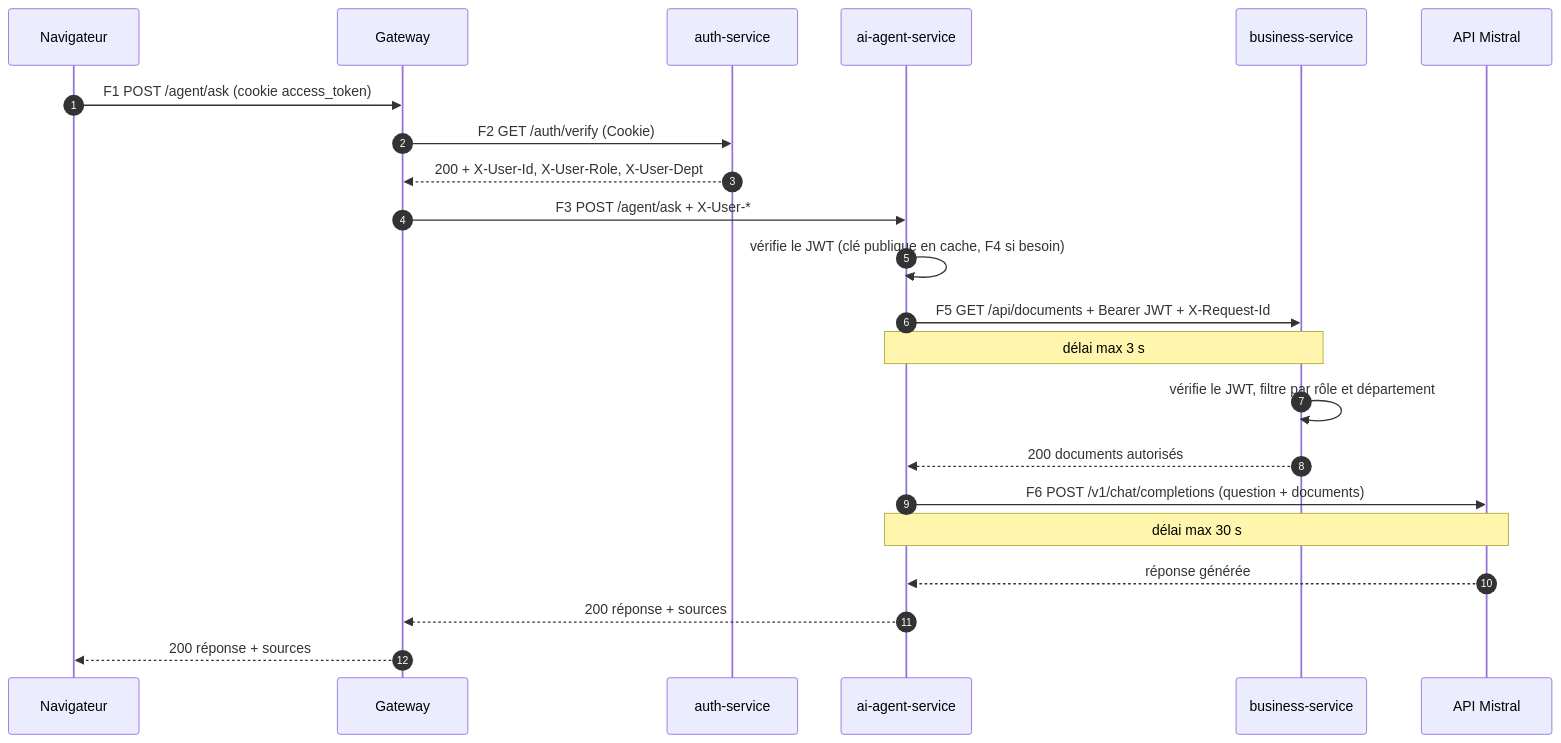
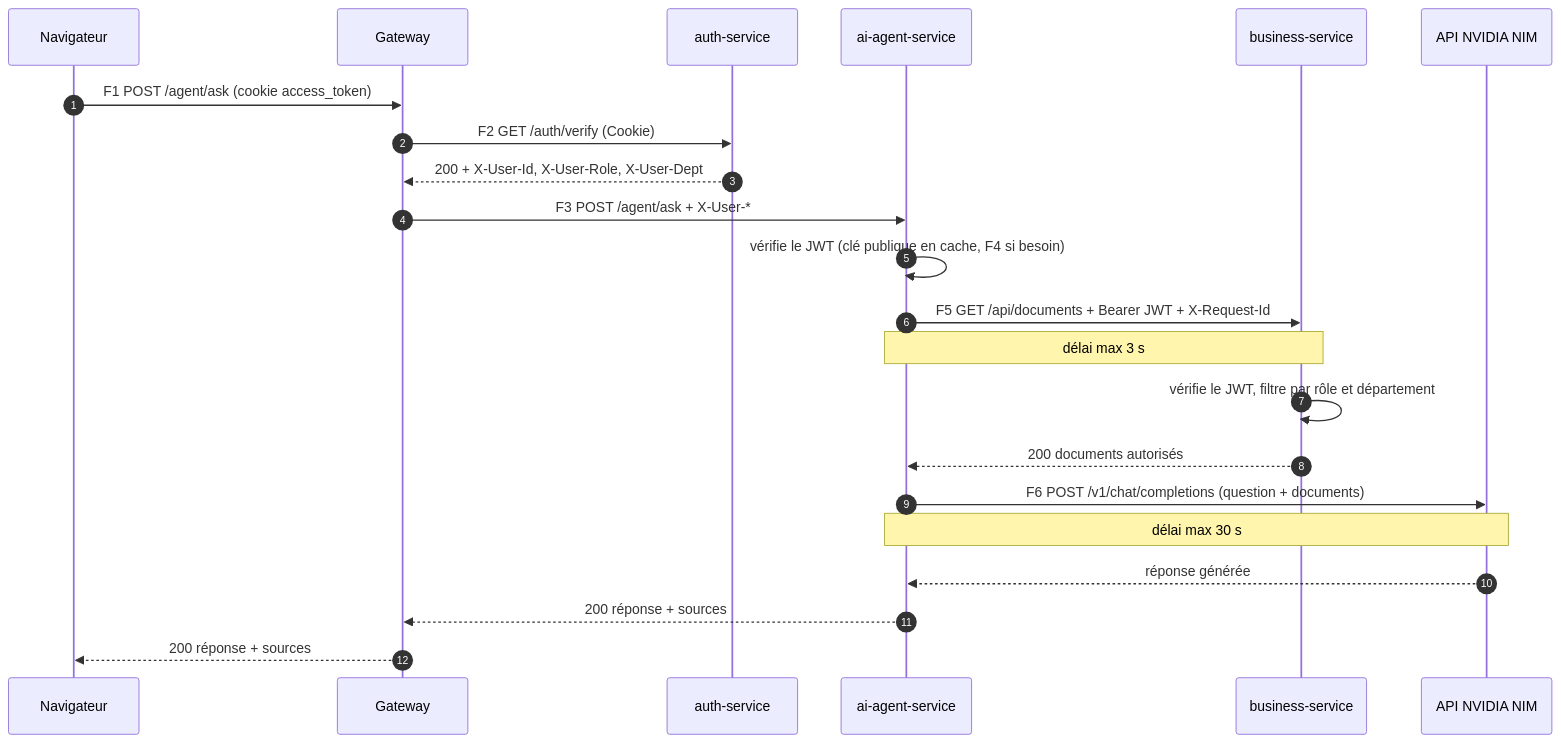
One commit to fraustiz/microservices-hub changed the diagram in docs/interconnexion.md. Above: the diagram before and after it, drawn with Mermaid. The commit also changed other lines of this file and 20 other files, not shown here.

First line of the commit message:
feat(agent): passe le LLM de l'API Mistral à NVIDIA NIM

````diff
--- a/docs/interconnexion.md
+++ b/docs/interconnexion.md
@@ -160,24 +162,24 @@
 ```mermaid
 sequenceDiagram
   autonumber
   participant B as Navigateur
   participant G as Gateway
   participant A as auth-service
   participant I as ai-agent-service
   participant S as business-service
-  participant M as API Mistral
+  participant M as API NVIDIA NIM
   B->>G: F1 POST /agent/ask (cookie access_token)
   G->>A: F2 GET /auth/verify (Cookie)
   A-->>G: 200 + X-User-Id, X-User-Role, X-User-Dept
   G->>I: F3 POST /agent/ask + X-User-*
   I->>I: vérifie le JWT (clé publique en cache, F4 si besoin)
   I->>S: F5 GET /api/documents + Bearer JWT + X-Request-Id
   Note over I,S: délai max 3 s
   S->>S: vérifie le JWT, filtre par rôle et département
   S-->>I: 200 documents autorisés
   I->>M: F6 POST /v1/chat/completions (question + documents)
   Note over I,M: délai max 30 s
   M-->>I: réponse générée
   I-->>G: 200 réponse + sources
   G-->>B: 200 réponse + sources
 ```
````
